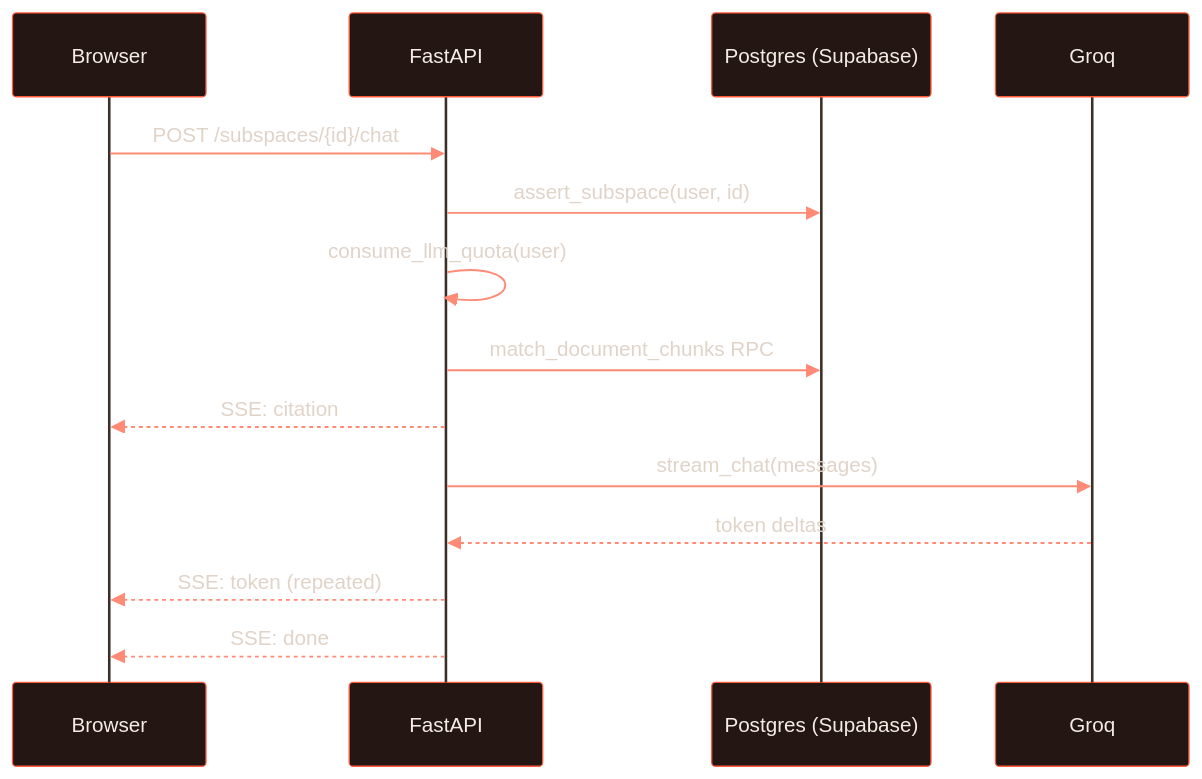
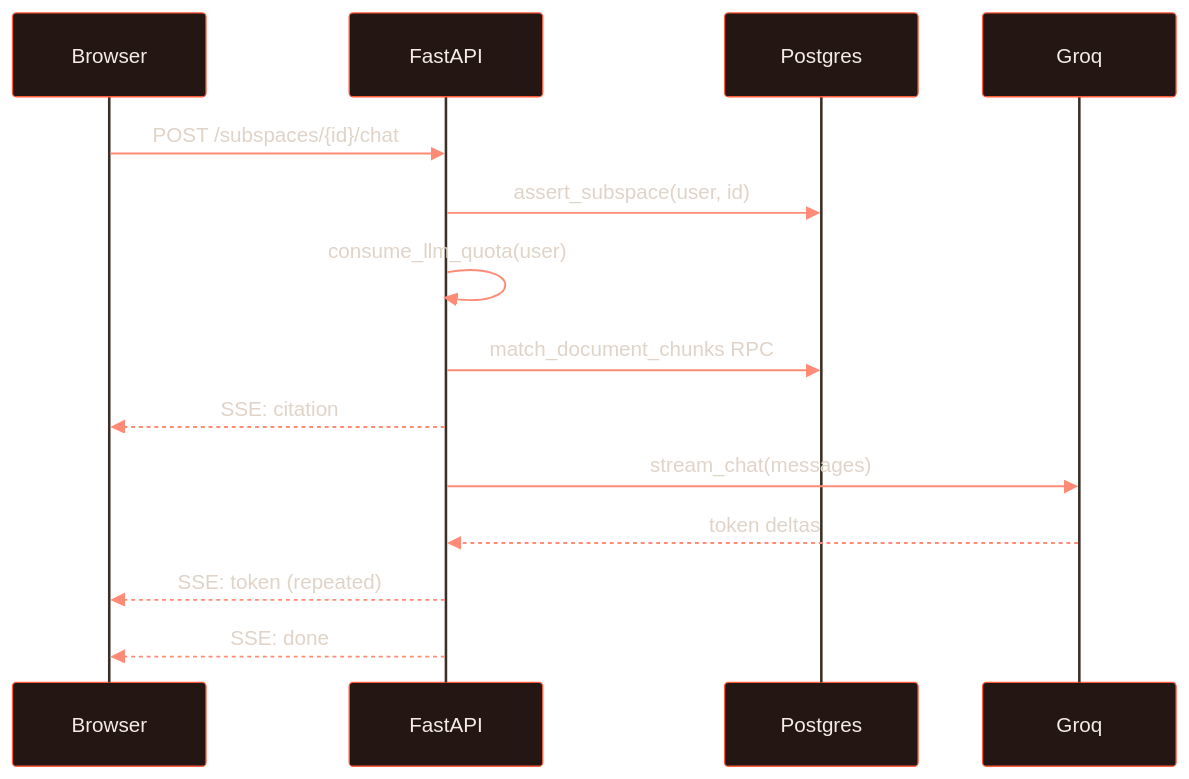
Before and after one commit to Abiram116/New-Space-Learn: the second of 2 diagrams in README.md, drawn with Mermaid. The commit also changed other lines of this file and 7 other files, not shown here.

````diff
--- a/README.md
+++ b/README.md
@@ -276,27 +327,27 @@
 ```mermaid
 %%{init: {'theme':'base', 'themeVariables': {
   'primaryColor': '#262119', 'primaryTextColor': '#f5ede4', 'primaryBorderColor': '#ff5a3c',
   'lineColor': '#ff8b76', 'background': '#1e1a17', 'mainBkg': '#262119',
   'actorBkg': '#241713', 'actorBorder': '#ff5a3c', 'actorTextColor': '#f5ede4',
   'actorLineColor': '#3b3028', 'signalColor': '#ff8b76', 'signalTextColor': '#e0d3c8',
   'labelBoxBkgColor': '#0e2f34', 'labelBoxBorderColor': '#35d6e8', 'labelTextColor': '#f5ede4',
   'noteBkgColor': '#34260c', 'noteBorderColor': '#ffc53d', 'noteTextColor': '#ffdd8f',
   'activationBkgColor': '#22320f', 'activationBorderColor': '#b8ff3c',
   'sequenceNumberColor': '#1e1a17', 'fontFamily': 'Courier New, monospace', 'fontSize': '13px'
 }}}%%
 sequenceDiagram
     participant U as Browser
     participant A as FastAPI
-    participant D as Postgres (Supabase)
+    participant D as Postgres
     participant G as Groq
 
     U->>A: POST /subspaces/{id}/chat
     A->>D: assert_subspace(user, id)
     A->>A: consume_llm_quota(user)
     A->>D: match_document_chunks RPC
     A-->>U: SSE: citation
     A->>G: stream_chat(messages)
     G-->>A: token deltas
     A-->>U: SSE: token (repeated)
     A-->>U: SSE: done
 ```
````
